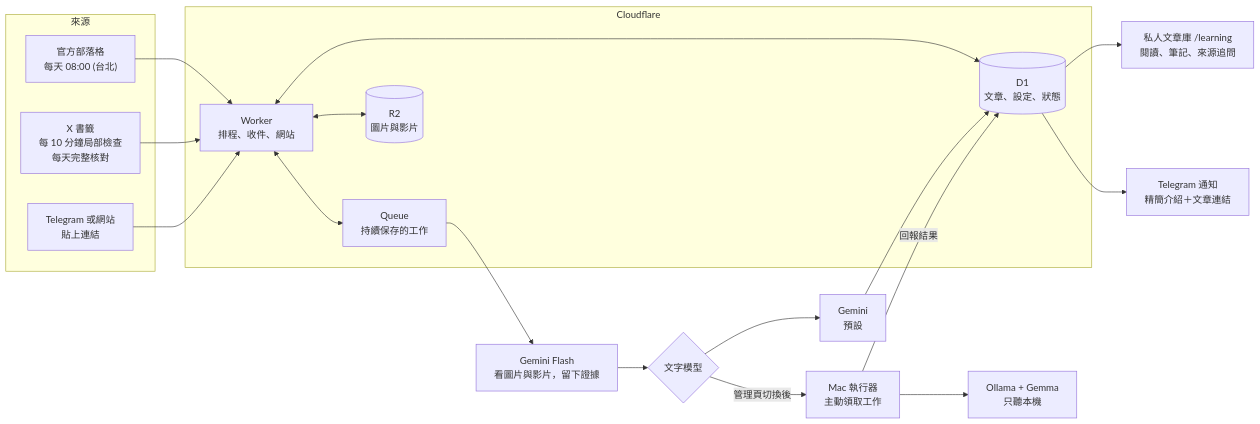
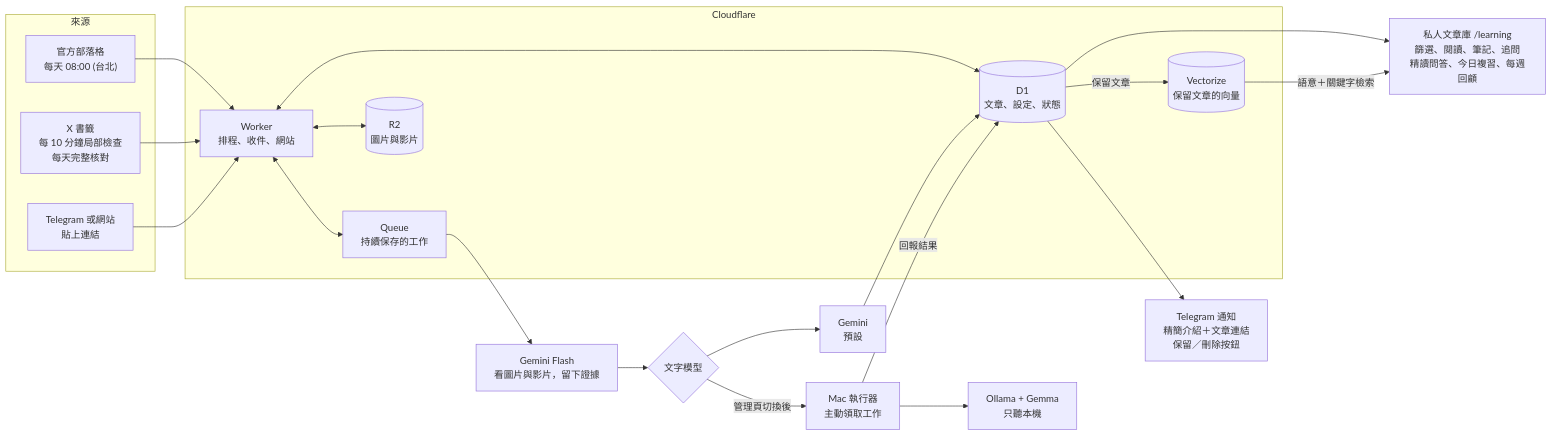
One commit to stoola20/TechNews changed the diagram in README.md. Above: the diagram before and after it, drawn with Mermaid. The commit also changed other lines of this file and 5 other files, not shown here.

````diff
--- a/README.md
+++ b/README.md
@@ -12,37 +12,40 @@
 ```mermaid
 flowchart LR
   subgraph IN["來源"]
     OFFICIAL["官方部落格<br/>每天 08:00 (台北)"]
     XBM["X 書籤<br/>每 10 分鐘局部檢查<br/>每天完整核對"]
     SHARE["Telegram 或網站<br/>貼上連結"]
   end
 
   subgraph CF["Cloudflare"]
     WORKER["Worker<br/>排程、收件、網站"]
     QUEUE["Queue<br/>持續保存的工作"]
     D1[("D1<br/>文章、設定、狀態")]
     R2[("R2<br/>圖片與影片")]
+    VEC[("Vectorize<br/>保留文章的向量")]
   end
 
   GEMINI["Gemini Flash<br/>看圖片與影片，留下證據"]
   TEXT{"文字模型"}
   GEMINI_TEXT["Gemini<br/>預設"]
   MAC["Mac 執行器<br/>主動領取工作"]
   OLLAMA["Ollama + Gemma<br/>只聽本機"]
 
   OFFICIAL --> WORKER
   XBM --> WORKER
   SHARE --> WORKER
   WORKER <--> D1
   WORKER <--> QUEUE
   WORKER <--> R2
   QUEUE --> GEMINI
   GEMINI --> TEXT
   TEXT --> GEMINI_TEXT
   TEXT -->|"管理頁切換後"| MAC
   MAC --> OLLAMA
   GEMINI_TEXT --> D1
   MAC -->|"回報結果"| D1
-  D1 --> LIB["私人文章庫 /learning<br/>閱讀、筆記、來源追問"]
-  D1 --> TG["Telegram 通知<br/>精簡介紹＋文章連結"]
+  D1 -->|"保留文章"| VEC
+  D1 --> LIB["私人文章庫 /learning<br/>篩選、閱讀、筆記、追問<br/>精讀問答、今日複習、每週回顧"]
+  VEC -->|"語意＋關鍵字檢索"| LIB
+  D1 --> TG["Telegram 通知<br/>精簡介紹＋文章連結<br/>保留／刪除按鈕"]
 ```
````
